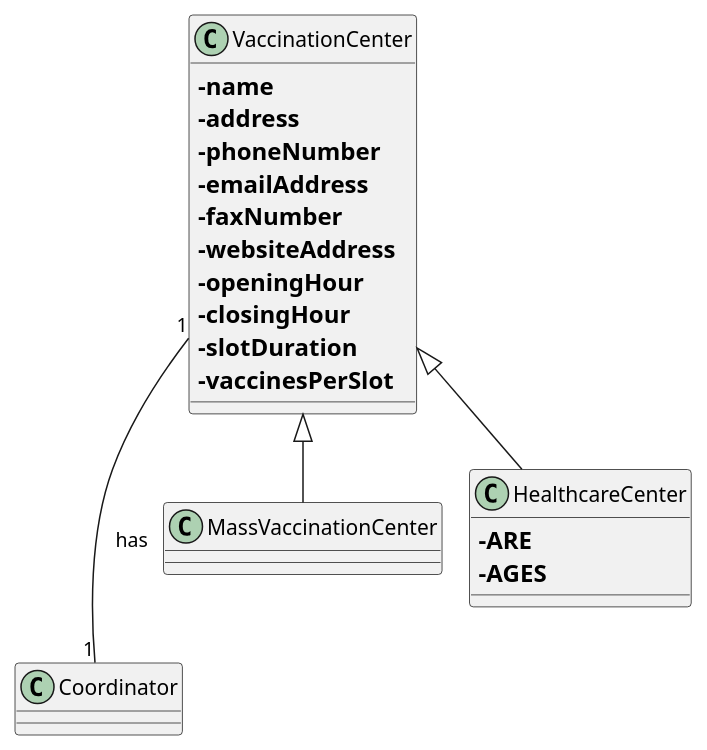
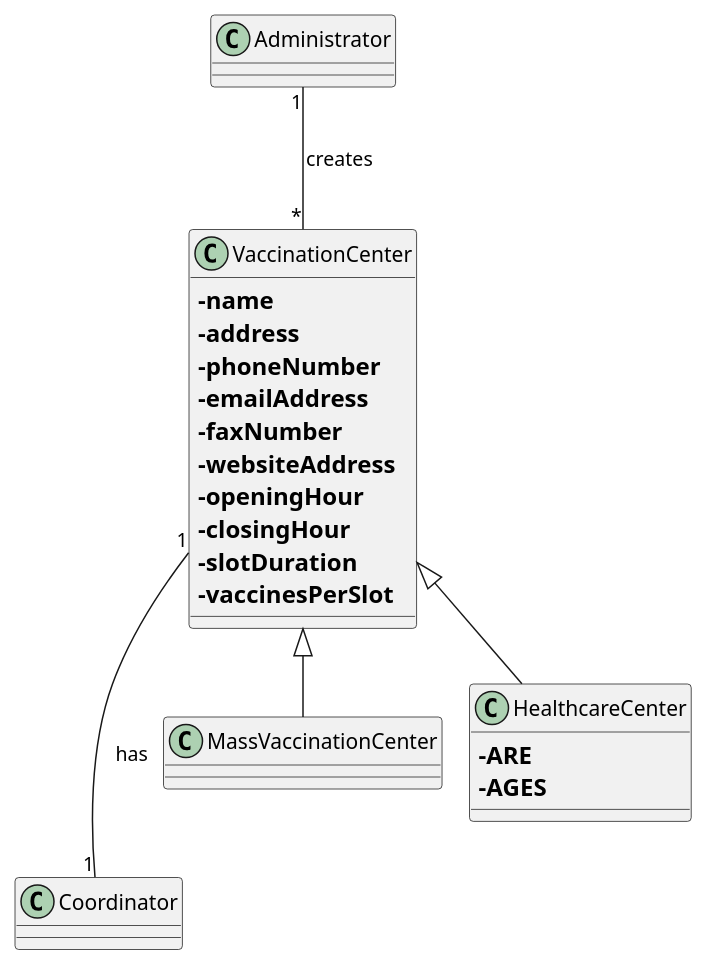
The diagram in docs/SprintB/US009/US009_MD.puml (Pirussa/lei-22-s2-1da-g02), drawn with PlantUML before and after one commit. The commit also changed 4 other files, not shown here.

```diff
--- a/docs/SprintB/US009/US009_MD.puml
+++ b/docs/SprintB/US009/US009_MD.puml
@@ -1,31 +1,34 @@
 @startuml
 'https://plantuml.com/class-diagram
 !pragma layout smetana
+
+class Administrator
 
 class VaccinationCenter{
 ==-name
 ==-address
 ==-phoneNumber
 ==-emailAddress
 ==-faxNumber
 ==-websiteAddress
 ==-openingHour
 ==-closingHour
 ==-slotDuration
 ==-vaccinesPerSlot
 }
 
 class Coordinator
 
 class MassVaccinationCenter extends VaccinationCenter{
 
 }
 
 class HealthcareCenter extends VaccinationCenter{
 ==-ARE
 ==-AGES
 }
 
 VaccinationCenter "1" --- "1" Coordinator: has
+Administrator "1" --- "*" VaccinationCenter: creates
 
 @enduml
```
